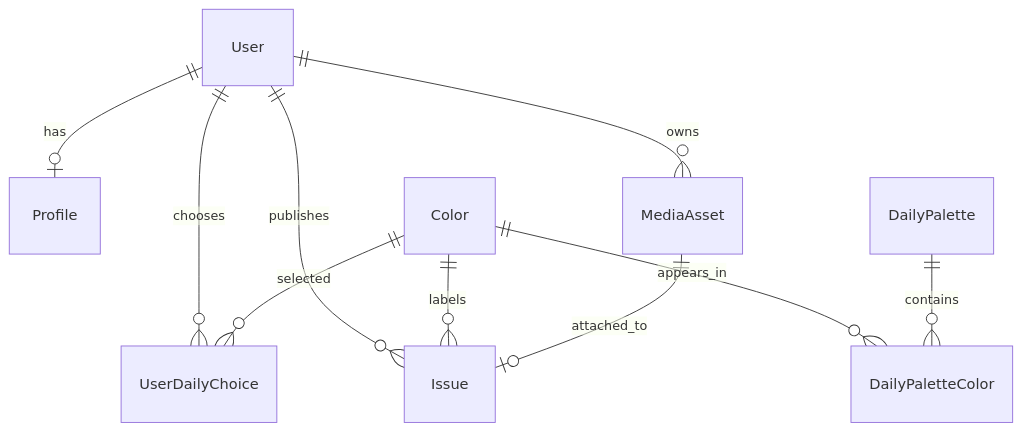
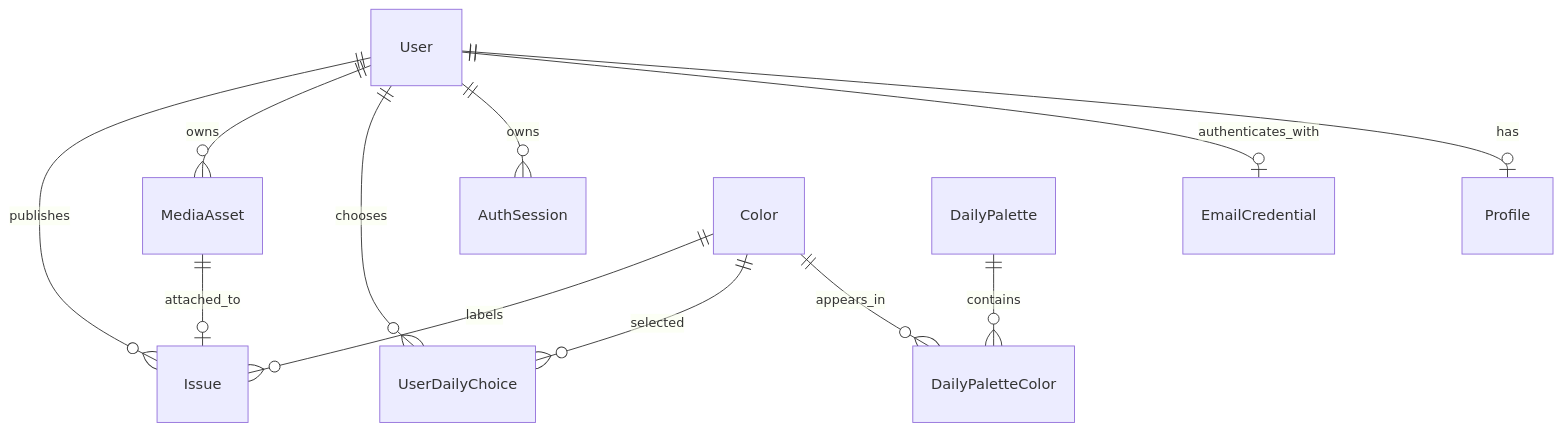
The second of 2 diagrams in server/ARCHITECTURE.md (konga22/Esel), drawn with Mermaid before and after one commit. The commit also changed other lines of this file and 25 other files, not shown here.

````diff
--- a/server/ARCHITECTURE.md
+++ b/server/ARCHITECTURE.md
@@ -133,12 +137,14 @@
 ```mermaid
 erDiagram
     User ||--o| Profile : has
+    User ||--o| EmailCredential : authenticates_with
+    User ||--o{ AuthSession : owns
     User ||--o{ UserDailyChoice : chooses
     User ||--o{ MediaAsset : owns
     User ||--o{ Issue : publishes
     Color ||--o{ DailyPaletteColor : appears_in
     DailyPalette ||--o{ DailyPaletteColor : contains
     Color ||--o{ UserDailyChoice : selected
     Color ||--o{ Issue : labels
     MediaAsset ||--o| Issue : attached_to
 ```
````
